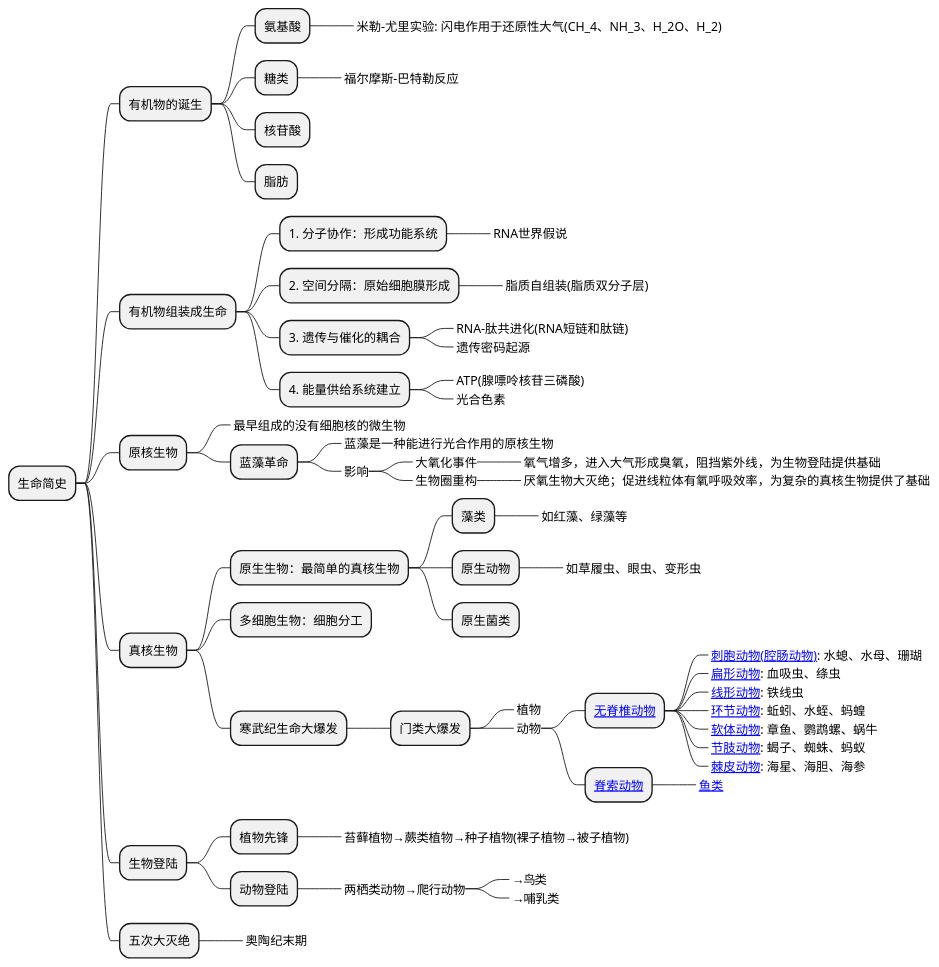
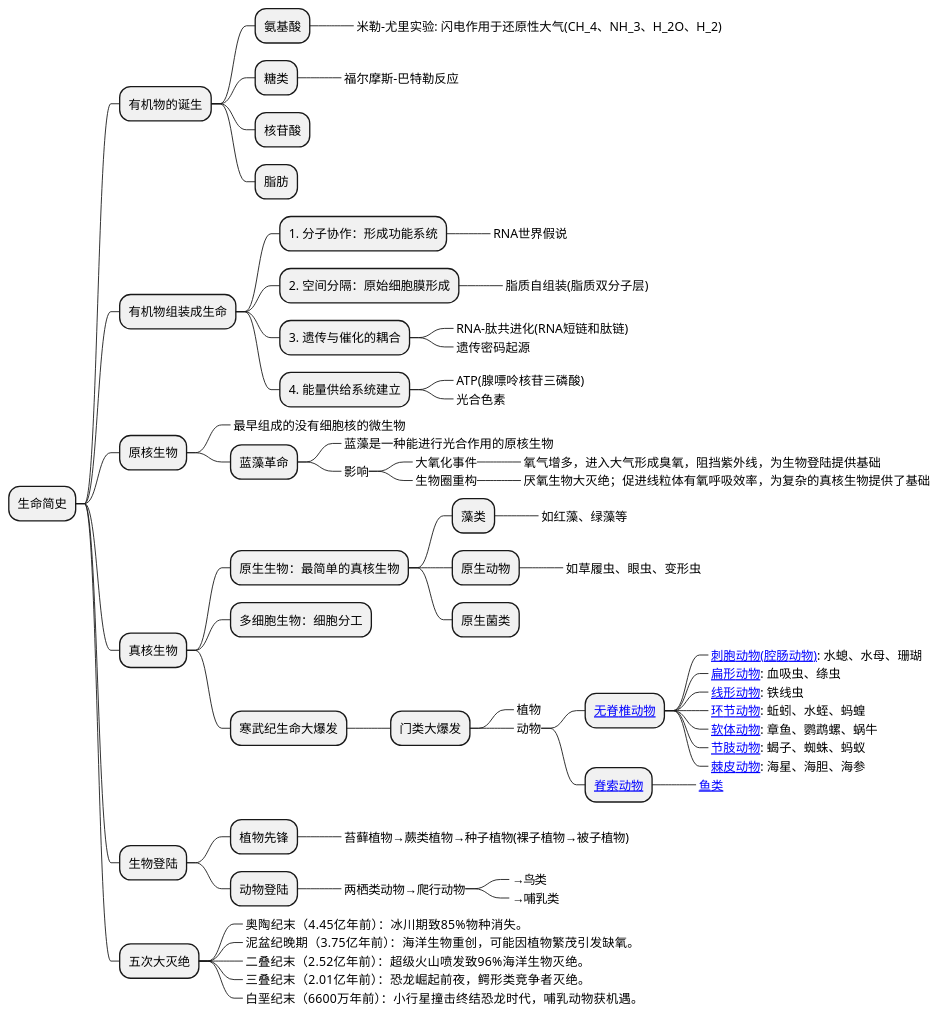
Before and after one commit to holmofy/blog.hufeifei.cn: the diagram in source/_posts/history/life-history.md, drawn with PlantUML.

````diff
--- a/source/_posts/history/life-history.md
+++ b/source/_posts/history/life-history.md
@@ -15,63 +15,67 @@
 ```plantuml
 @startmindmap
 + 生命简史
 ++ 有机物的诞生
 +++ 氨基酸
 ++++_ 米勒-尤里实验: 闪电作用于还原性大气(CH_4、NH_3、H_2O、H_2)
 +++ 糖类
 ++++_ 福尔摩斯-巴特勒反应
 +++ 核苷酸
 +++ 脂肪
 ++ 有机物组装成生命
 +++ 1. 分子协作：形成功能系统
 ++++_ RNA世界假说
 +++ 2. 空间分隔：原始细胞膜形成
 ++++_ 脂质自组装(脂质双分子层)
 +++ 3. 遗传与催化的耦合
 ++++_ RNA-肽共进化(RNA短链和肽链)
 ++++_ 遗传密码起源
 +++ 4. 能量供给系统建立
 ++++_ ATP(腺嘌呤核苷三磷酸)
 ++++_ 光合色素
 ++ 原核生物
 +++_ 最早组成的没有细胞核的微生物
 +++ 蓝藻革命
 ++++_ 蓝藻是一种能进行光合作用的原核生物
 ++++_ 影响
 +++++_ 大氧化事件
 ++++++_ 氧气增多，进入大气形成臭氧，阻挡紫外线，为生物登陆提供基础
 +++++_ 生物圈重构
 ++++++_ 厌氧生物大灭绝；促进线粒体有氧呼吸效率，为复杂的真核生物提供了基础
 ++ 真核生物
 +++ 原生生物：最简单的真核生物
 ++++ 藻类
 +++++_ 如红藻、绿藻等
 ++++ 原生动物
 +++++_ 如草履虫、眼虫、变形虫
 ++++ 原生菌类
 +++ 多细胞生物：细胞分工
 +++ 寒武纪生命大爆发
 ++++ 门类大爆发
 +++++_ 植物
 +++++_ 动物
 ++++++ [[https://baike.baidu.com/item/无脊椎动物/149803 无脊椎动物]]
 +++++++_ [[https://baike.baidu.com/item/刺胞动物门 刺胞动物(腔肠动物)]]: 水螅、水母、珊瑚
 +++++++_ [[https://baike.baidu.com/item/扁形动物门 扁形动物]]: 血吸虫、绦虫
 +++++++_ [[https://baike.baidu.com/item/线形动物门 线形动物]]: 铁线虫
 +++++++_ [[https://baike.baidu.com/item/环节动物 环节动物]]: 蚯蚓、水蛭、蚂蝗
 +++++++_ [[https://baike.baidu.com/item/软体动物 软体动物]]: 章鱼、鹦鹉螺、蜗牛
 +++++++_ [[https://baike.baidu.com/item/节肢动物门 节肢动物]]: 蝎子、蜘蛛、蚂蚁
 +++++++_ [[https://baike.baidu.com/item/棘皮动物门 棘皮动物]]: 海星、海胆、海参
 ++++++ [[https://baike.baidu.com/item/脊索动物门 脊索动物]]
 +++++++_ [[https://baike.baidu.com/item/鱼类/524517 鱼类]]
 ++ 生物登陆
 +++ 植物先锋
 ++++_ 苔藓植物→蕨类植物→种子植物(裸子植物→被子植物)
 +++ 动物登陆
 ++++_ 两栖类动物→爬行动物
 +++++_ →鸟类
 +++++_ →哺乳类
 ++ 五次大灭绝
-+++_ 奥陶纪末期
++++_ 奥陶纪末（4.45亿年前）：冰川期致85%物种消失。
++++_ 泥盆纪晚期（3.75亿年前）：海洋生物重创，可能因植物繁茂引发缺氧。
++++_ 二叠纪末（2.52亿年前）：超级火山喷发致96%海洋生物灭绝。
++++_ 三叠纪末（2.01亿年前）：恐龙崛起前夜，鳄形类竞争者灭绝。
++++_ 白垩纪末（6600万年前）：小行星撞击终结恐龙时代，哺乳动物获机遇。
 @endmindmap
 ```
````
